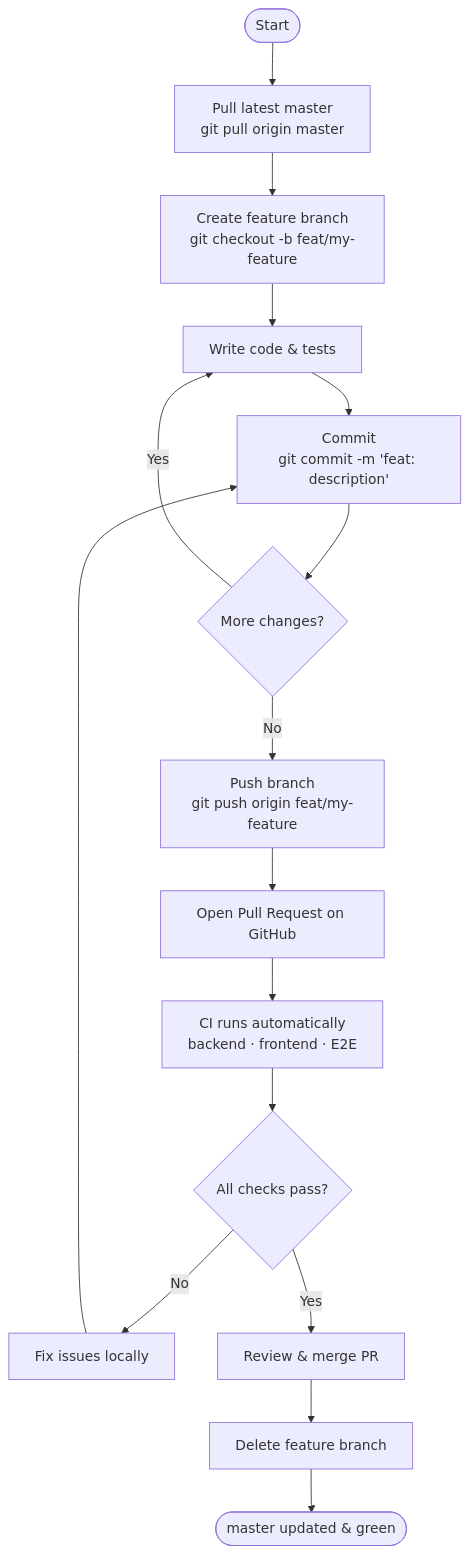
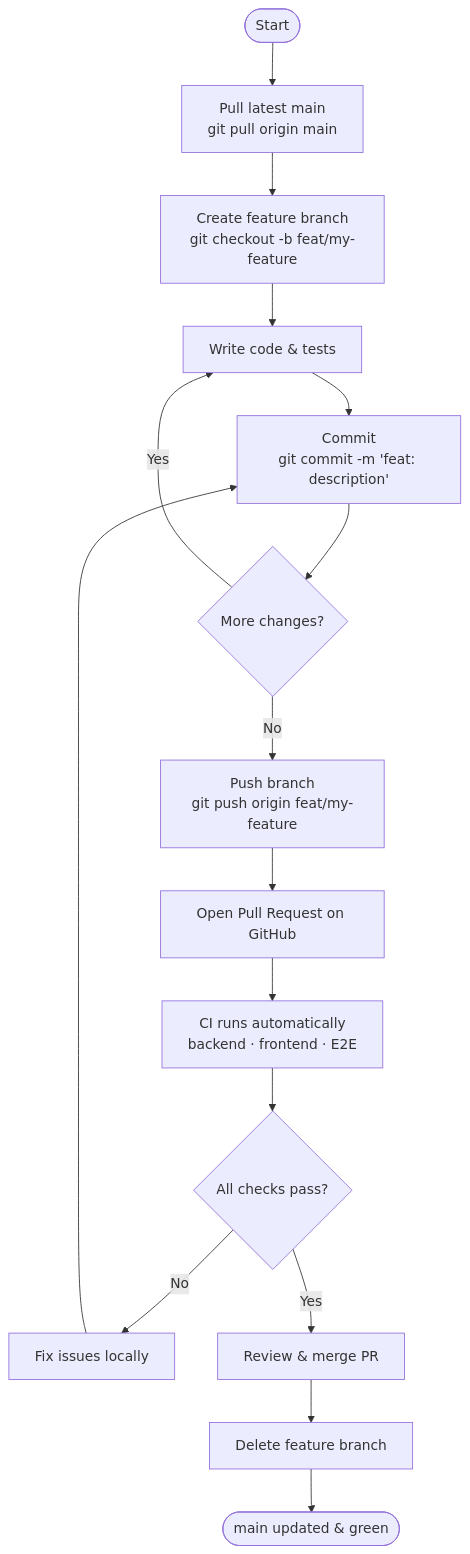
Before and after one commit to oggthemiffed/RCTimingControl: the first of 3 diagrams in CONTRIBUTING.md, drawn with Mermaid. The commit also changed other lines of this file and 12 other files, not shown here.

````diff
--- a/CONTRIBUTING.md
+++ b/CONTRIBUTING.md
@@ -19,18 +19,18 @@
 ```mermaid
 flowchart TD
-    A([Start]) --> B[Pull latest master\ngit pull origin master]
+    A([Start]) --> B[Pull latest main\ngit pull origin main]
     B --> C[Create feature branch\ngit checkout -b feat/my-feature]
     C --> D[Write code & tests]
     D --> E[Commit\ngit commit -m 'feat: description']
     E --> F{More changes?}
     F -- Yes --> D
     F -- No --> G[Push branch\ngit push origin feat/my-feature]
     G --> H[Open Pull Request on GitHub]
     H --> I[CI runs automatically\nbackend · frontend · E2E]
     I --> J{All checks pass?}
     J -- No --> K[Fix issues locally]
     K --> E
     J -- Yes --> L[Review & merge PR]
     L --> M[Delete feature branch]
-    M --> N([master updated & green])
+    M --> N([main updated & green])
 ```
````
